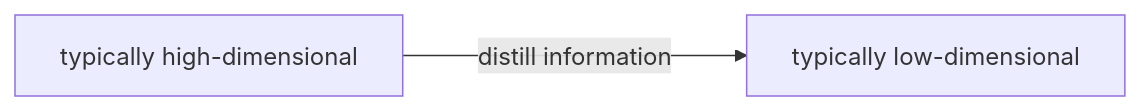
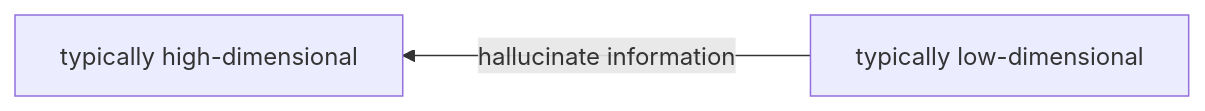
Before and after one commit to vicky-liu17/vicky-blogs: the seventh of 7 diagrams in Machine_Learning_and_Data_Generation.md, drawn with Mermaid. The commit also changed other lines of this file, not shown here.

````diff
--- a/Machine_Learning_and_Data_Generation.md
+++ b/Machine_Learning_and_Data_Generation.md
@@ -91,4 +96,4 @@
 ```mermaid
-graph LR;
-A[typically high-dimensional]--->|distill information|B[typically low-dimensional];
+graph RL;
+B[typically low-dimensional]--->|hallucinate information|A[typically high-dimensional];
 ```
````
